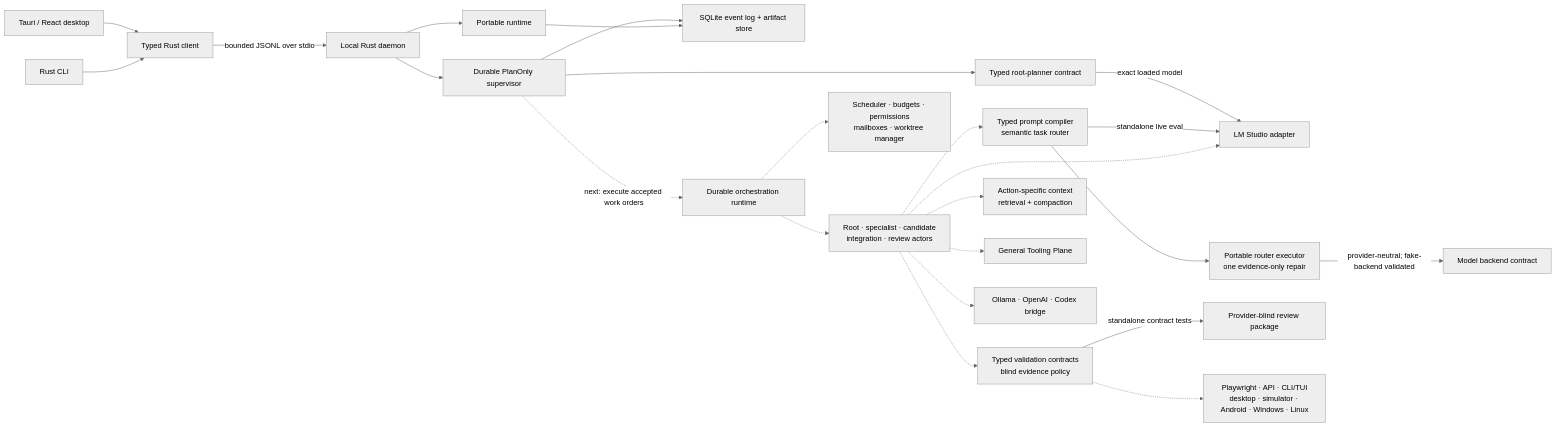
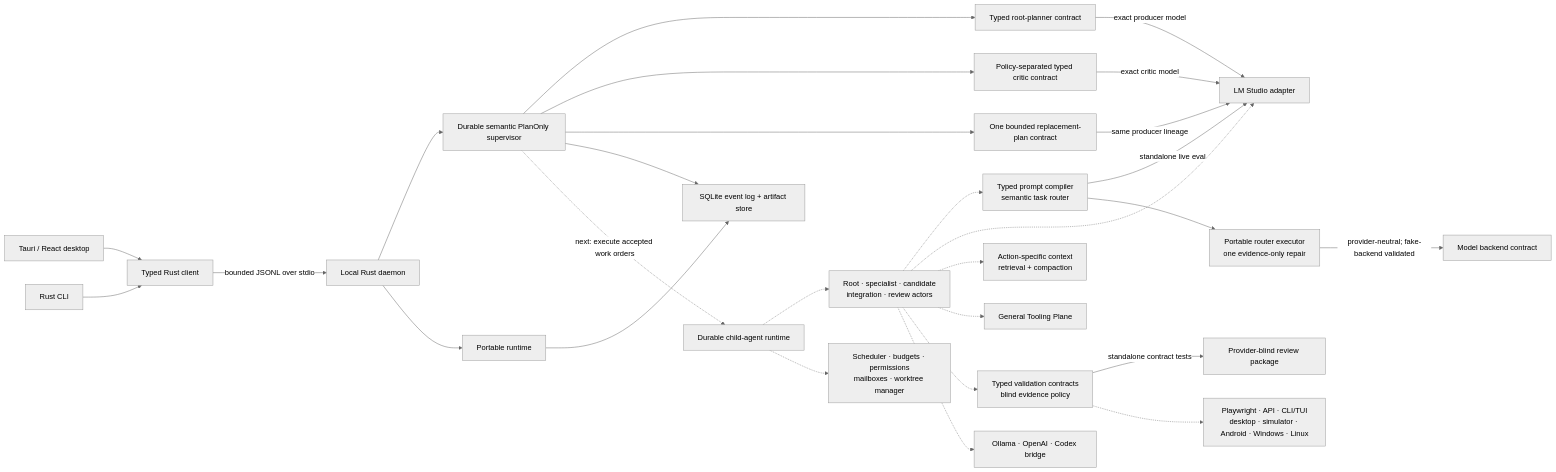
The diagram in README.md (Jawbreaker1/BirdCode), drawn with Mermaid (neutral theme) before and after one commit. The commit also changed other lines of this file and 53 other files, not shown here.

Commit message:
feat: add durable policy-separated plan review

````diff
--- a/README.md
+++ b/README.md
@@ -243,28 +300,32 @@
 ```mermaid
 flowchart LR
     Desktop["Tauri / React desktop"] --> Client["Typed Rust client"]
     CLI["Rust CLI"] --> Client
     Client -->|"bounded JSONL over stdio"| Daemon["Local Rust daemon"]
-    Daemon --> Supervisor["Durable PlanOnly supervisor"]
+    Daemon --> Supervisor["Durable semantic PlanOnly supervisor"]
     Supervisor --> RootPrompt["Typed root-planner contract"]
-    RootPrompt -->|"exact loaded model"| LMStudio["LM Studio adapter"]
+    Supervisor --> CriticPrompt["Policy-separated typed critic contract"]
+    Supervisor --> RepairPrompt["One bounded replacement-plan contract"]
+    RootPrompt -->|"exact producer model"| LMStudio["LM Studio adapter"]
+    CriticPrompt -->|"exact critic model"| LMStudio
+    RepairPrompt -->|"same producer lineage"| LMStudio
     Supervisor --> Store["SQLite event log + artifact store"]
     Daemon --> Runtime["Portable runtime"]
     Runtime --> Store
 
     Prompting["Typed prompt compiler<br/>semantic task router"] -->|"standalone live eval"| LMStudio
     Prompting --> RouterExecutor["Portable router executor<br/>one evidence-only repair"]
     RouterExecutor -->|"provider-neutral; fake-backend validated"| ModelBackend["Model backend contract"]
     Validation["Typed validation contracts<br/>blind evidence policy"] -->|"standalone contract tests"| Blind["Provider-blind review package"]
 
-    Supervisor -.->|"next: execute accepted work orders"| Orchestrator["Durable orchestration runtime"]
+    Supervisor -.->|"next: execute accepted work orders"| Orchestrator["Durable child-agent runtime"]
     Orchestrator -.-> Actors["Root · specialist · candidate<br/>integration · review actors"]
     Orchestrator -.-> Coordination["Scheduler · budgets · permissions<br/>mailboxes · worktree manager"]
     Actors -.-> Prompting
     Actors -.-> LMStudio
     Actors -.-> Context["Action-specific context<br/>retrieval + compaction"]
     Actors -.-> Tools["General Tooling Plane"]
     Actors -.-> Validation
     Validation -.-> Adapters["Playwright · API · CLI/TUI<br/>desktop · simulator · Android · Windows · Linux"]
     Actors -.-> Providers["Ollama · OpenAI · Codex bridge"]
 ```
````
